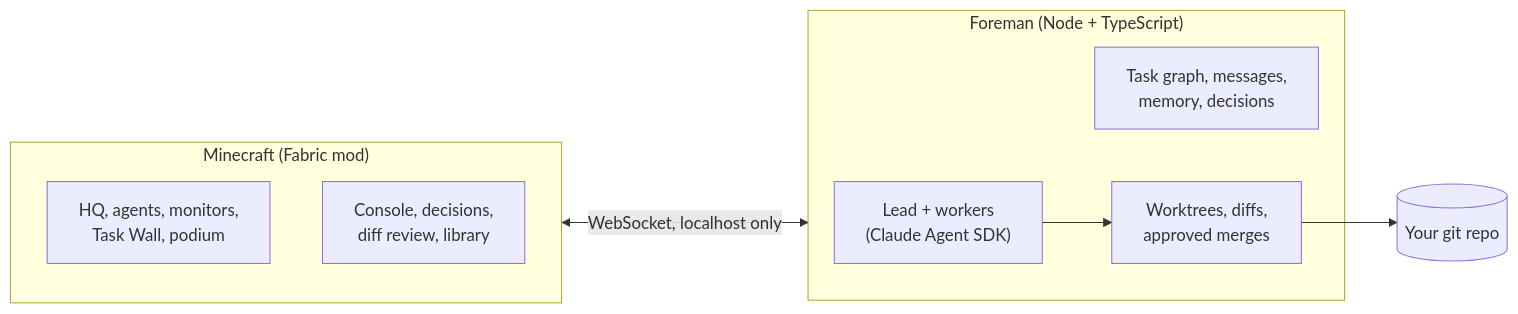
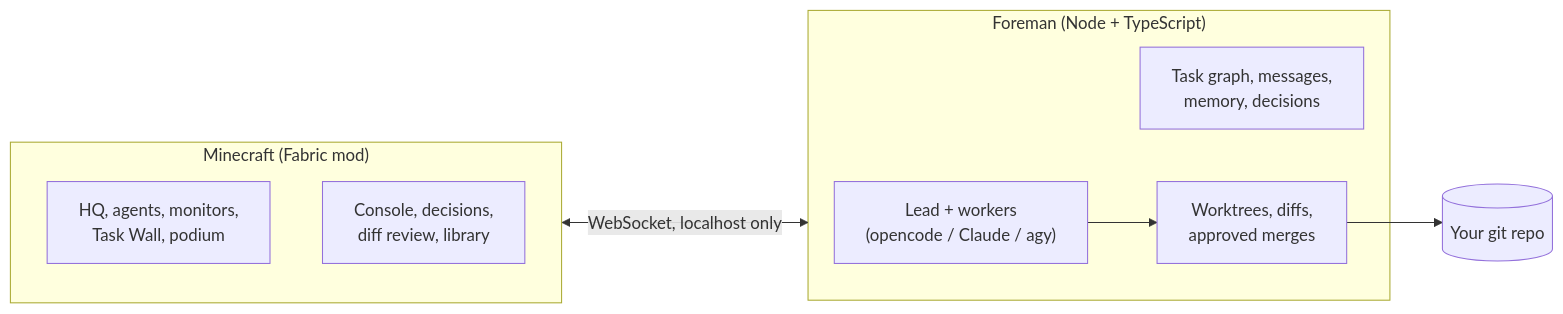
Before and after one commit to ego1s1/agentcraft-agy: the diagram in README.md, drawn with Mermaid. The commit also changed other lines of this file and 1 other file, not shown here.

````diff
--- a/README.md
+++ b/README.md
@@ -291,15 +291,15 @@
 ```mermaid
 flowchart LR
     subgraph game ["Minecraft (Fabric mod)"]
         HQ["HQ, agents, monitors,<br/>Task Wall, podium"]
         UI["Console, decisions,<br/>diff review, library"]
     end
     subgraph foreman ["Foreman (Node + TypeScript)"]
-        Team["Lead + workers<br/>(Claude Agent SDK)"]
+        Team["Lead + workers<br/>(opencode / Claude / agy)"]
         State["Task graph, messages,<br/>memory, decisions"]
         Git["Worktrees, diffs,<br/>approved merges"]
     end
     Repo[("Your git repo")]
     game <-->|"WebSocket, localhost only"| foreman
     Team --> Git --> Repo
 ```
````
